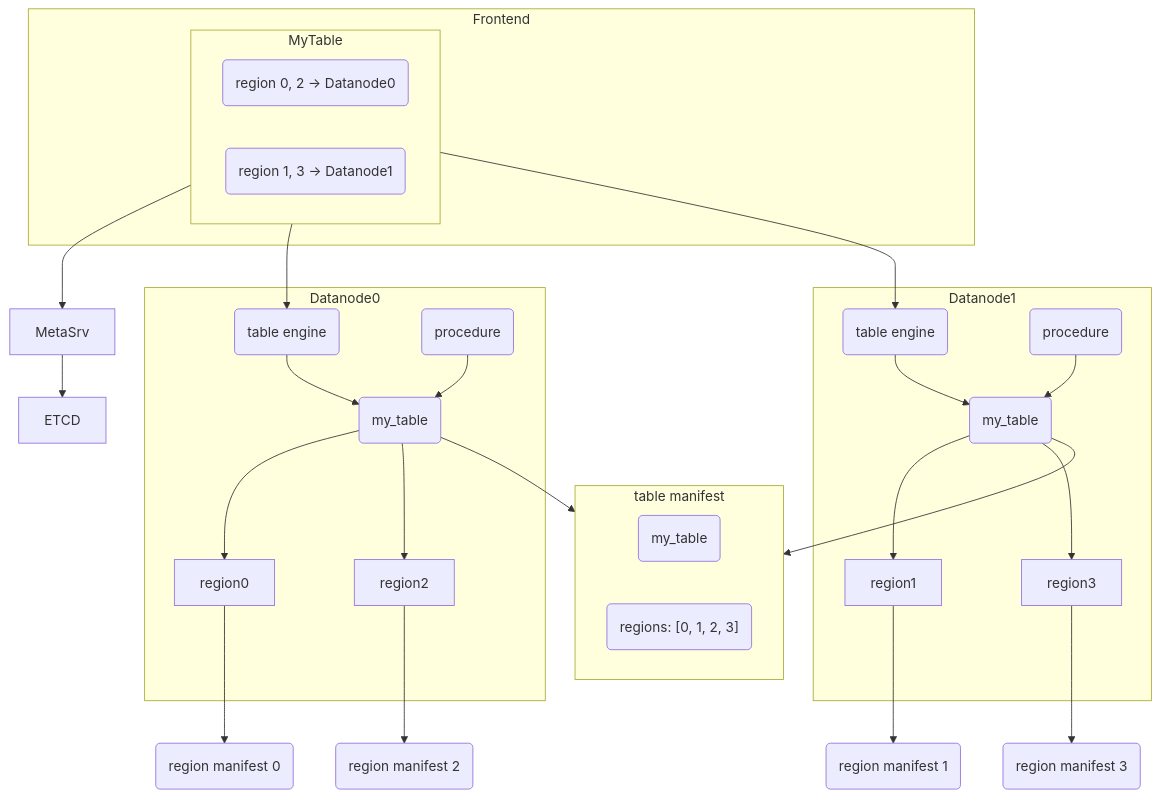
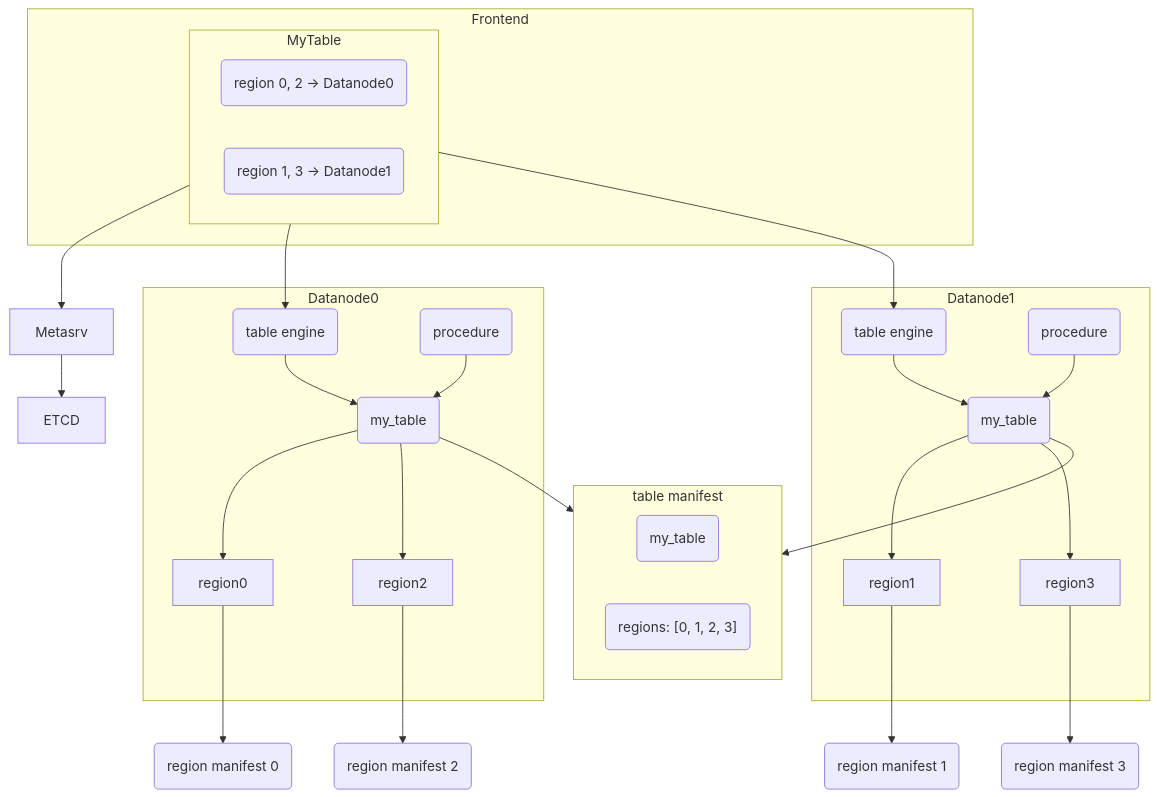
Before and after one commit to GreptimeTeam/greptimedb: the first of 4 diagrams in docs/rfcs/2023-07-06-table-engine-refactor.md, drawn with Mermaid. The commit also changed other lines of this file and 33 other files, not shown here.

````diff
--- a/docs/rfcs/2023-07-06-table-engine-refactor.md
+++ b/docs/rfcs/2023-07-06-table-engine-refactor.md
@@ -20,61 +20,61 @@
 ```mermaid
 graph TB
 
 subgraph Frontend["Frontend"]
     subgraph MyTable
         A("region 0, 2 -> Datanode0")
         B("region 1, 3 -> Datanode1")
     end
 end
 
-MyTable --> MetaSrv
-MetaSrv --> ETCD
+MyTable --> Metasrv
+Metasrv --> ETCD
 
 MyTable-->TableEngine0
 MyTable-->TableEngine1
 
 subgraph Datanode0
     Procedure0("procedure")
     TableEngine0("table engine")
     region0
     region2
     mytable0("my_table")
 
     Procedure0-->mytable0
     TableEngine0-->mytable0
     mytable0-->region0
     mytable0-->region2
 end
 
 
 subgraph Datanode1
     Procedure1("procedure")
     TableEngine1("table engine")
     region1
     region3
     mytable1("my_table")
 
     Procedure1-->mytable1
     TableEngine1-->mytable1
     mytable1-->region1
     mytable1-->region3
 end
 
 
 subgraph manifest["table manifest"]
     M0("my_table")
     M1("regions: [0, 1, 2, 3]")
 end
 
 mytable1-->manifest
 mytable0-->manifest
 
 RegionManifest0("region manifest 0")
 RegionManifest1("region manifest 1")
 RegionManifest2("region manifest 2")
 RegionManifest3("region manifest 3")
 region0-->RegionManifest0
 region1-->RegionManifest1
 region2-->RegionManifest2
 region3-->RegionManifest3
 ```
````
